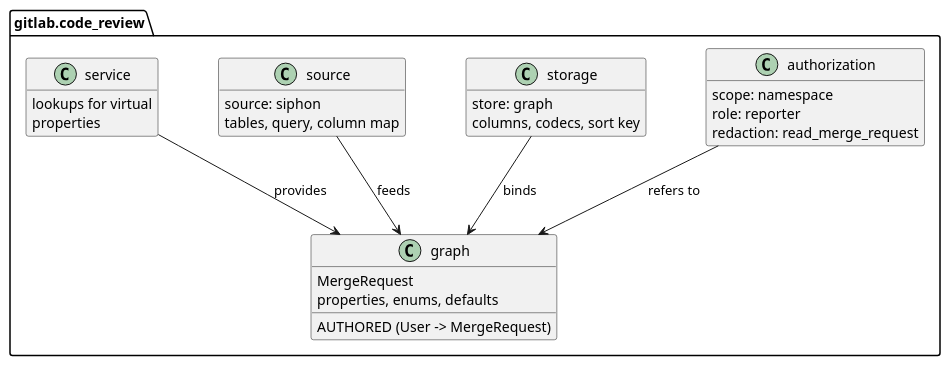
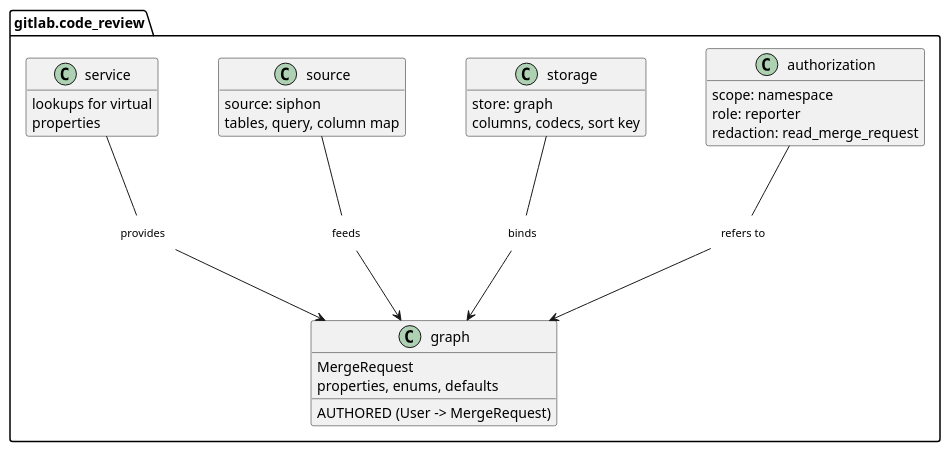
Before and after one commit to gitlabhq/orbit-knowledge-graph: the second of 7 diagrams in docs/pages/engineering/adr/024_pluggable_data_model.md, drawn with PlantUML. The commit also changed other lines of this file, not shown here.

````diff
--- a/docs/pages/engineering/adr/024_pluggable_data_model.md
+++ b/docs/pages/engineering/adr/024_pluggable_data_model.md
@@ -131,40 +158,55 @@
 ```plantuml
 @startuml
+allowmixing
+skinparam rectangle {
+  BackgroundColor<<label>> #FFFFFF
+  BorderColor<<label>> #FFFFFF
+  FontSize<<label>> 11
+}
+hide <<label>> stereotype
 set separator none
 skinparam shadowing false
 skinparam nodesep 60
 skinparam ranksep 70
 skinparam classAttributeIconSize 0
 hide empty members
 
 package "gitlab.code_review" {
   class "graph" as G {
     MergeRequest
     properties, enums, defaults
     AUTHORED (User -> MergeRequest)
   }
   class "authorization" as A {
     scope: namespace
     role: reporter
     redaction: read_merge_request
   }
   class "storage" as ST {
     store: graph
     columns, codecs, sort key
   }
   class "source" as SO {
     source: siphon
     tables, query, column map
   }
   class "service" as SV {
     lookups for virtual
     properties
   }
+  rectangle "refers to" <<label>> as LB1
+  rectangle "binds" <<label>> as LB2
+  rectangle "feeds" <<label>> as LB3
+  rectangle "provides" <<label>> as LB4
 }
 
-A --> G : refers to
-ST --> G : binds
-SO --> G : feeds
-SV --> G : provides
+A -- LB1
+LB1 --> G
+ST -- LB2
+LB2 --> G
+SO -- LB3
+LB3 --> G
+SV -- LB4
+LB4 --> G
 @enduml
 ```
````
